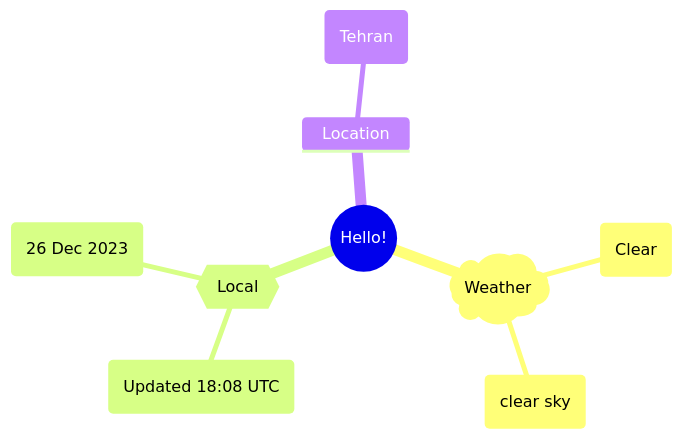
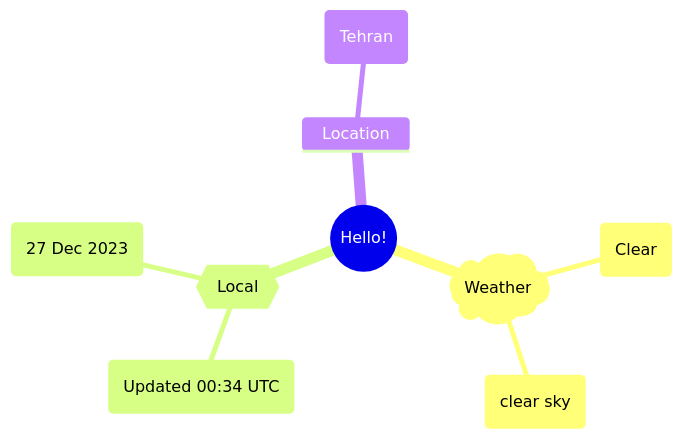
One commit to Xosrov/Xosrov changed the first of 2 diagrams in README.md. Above: the diagram before and after it, drawn with Mermaid.

Commit message:
[bot] updated images

````diff
--- a/README.md
+++ b/README.md
@@ -3,12 +3,12 @@
 ```mermaid
 mindmap
   root((Hello!))
     )Weather(
         (Clear)
         (clear sky)
     {{Local}}
-        (Updated 18:08 UTC)
-        (26 Dec 2023)
+        (Updated 00:34 UTC)
+        (27 Dec 2023)
     Location
         (Tehran)
 ```
````
